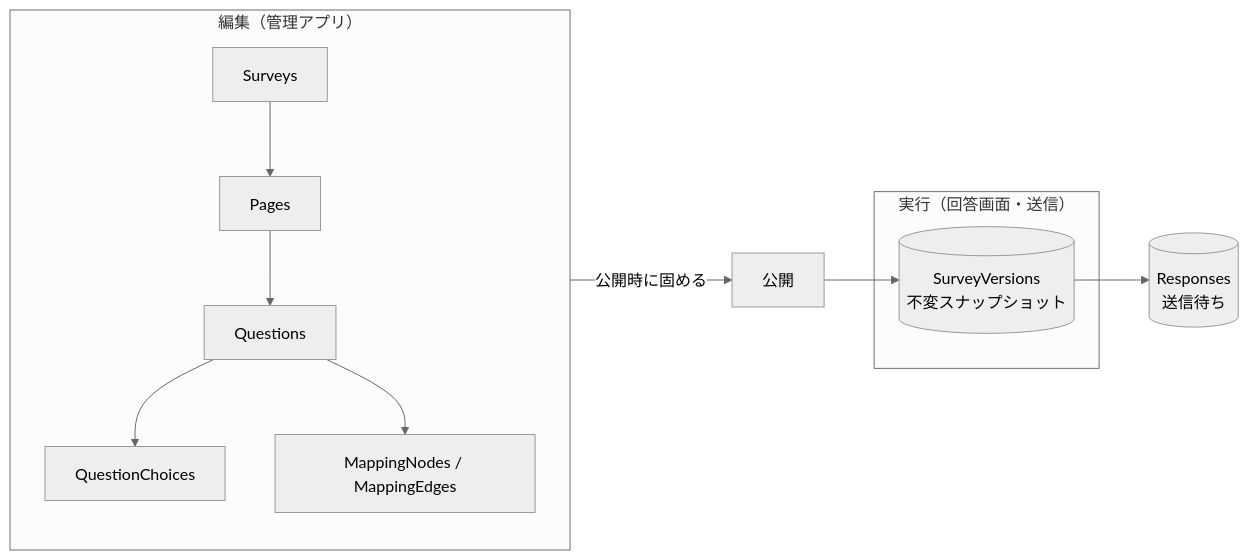
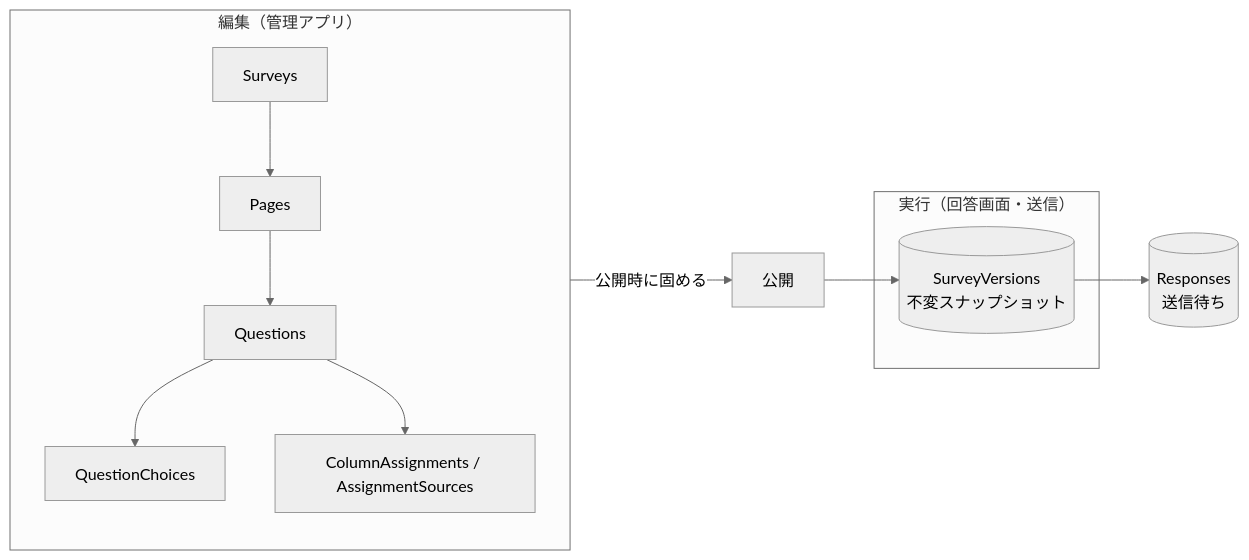
One commit to vehiclevisionjp/VehicleVision.PleasanterTools.Questionnaire changed the diagram in _documents/データモデル設計.md. Above: the diagram before and after it, drawn with Mermaid (neutral theme). The commit also changed other lines of this file and 24 other files, not shown here.

````diff
--- a/_documents/データモデル設計.md
+++ b/_documents/データモデル設計.md
@@ -10,15 +10,15 @@
 ```mermaid
 flowchart LR
     subgraph EDIT["編集（管理アプリ）"]
         S["Surveys"] --> P["Pages"] --> Q["Questions"] --> C["QuestionChoices"]
-        Q --> M["MappingNodes / MappingEdges"]
+        Q --> M["ColumnAssignments / AssignmentSources"]
     end
     PUB["公開"]
     subgraph RUN["実行（回答画面・送信）"]
         V[("SurveyVersions<br/>不変スナップショット")]
     end
     R[("Responses<br/>送信待ち")]
 
     EDIT -->|"公開時に固める"| PUB --> V
     V --> R
 ```
````
